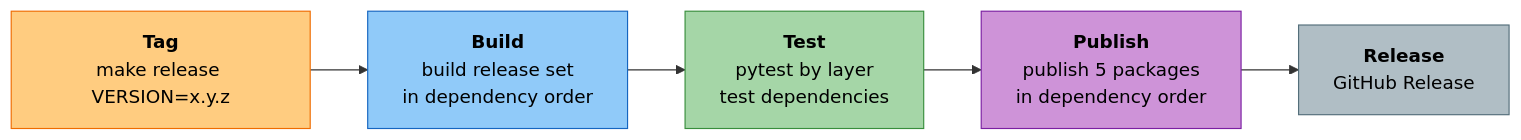
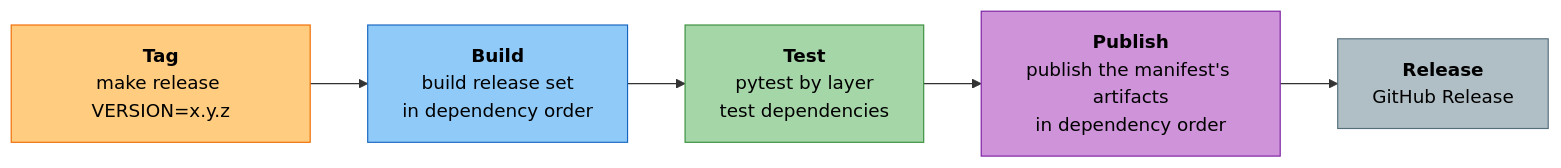
One commit to amit-jain/cogniverse changed the first of 2 diagrams in docs/development/publishing-guide.md. Above: the diagram before and after it, drawn with Mermaid. The commit also changed other lines of this file and 4 other files, not shown here.

````diff
--- a/docs/development/publishing-guide.md
+++ b/docs/development/publishing-guide.md
@@ -52,16 +52,16 @@
 ```mermaid
 flowchart LR
     A["<span style='color:#000'><b>Tag</b><br/>make release VERSION=x.y.z</span>"]
     B["<span style='color:#000'><b>Build</b><br/>build release set<br/>in dependency order</span>"]
     C["<span style='color:#000'><b>Test</b><br/>pytest by layer<br/>test dependencies</span>"]
-    D["<span style='color:#000'><b>Publish</b><br/>publish 5 packages<br/>in dependency order</span>"]
+    D["<span style='color:#000'><b>Publish</b><br/>publish the manifest's artifacts<br/>in dependency order</span>"]
     E["<span style='color:#000'><b>Release</b><br/>GitHub Release</span>"]
 
     A --> B --> C --> D --> E
 
     style A fill:#ffcc80,stroke:#ef6c00,color:#000
     style B fill:#90caf9,stroke:#1565c0,color:#000
     style C fill:#a5d6a7,stroke:#388e3c,color:#000
     style D fill:#ce93d8,stroke:#7b1fa2,color:#000
     style E fill:#b0bec5,stroke:#546e7a,color:#000
 ```
````
